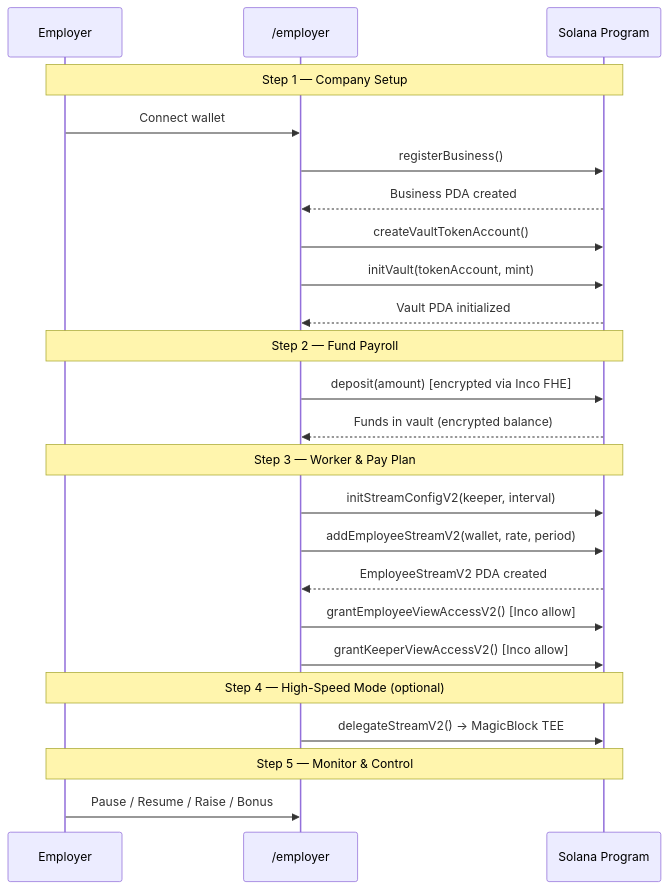
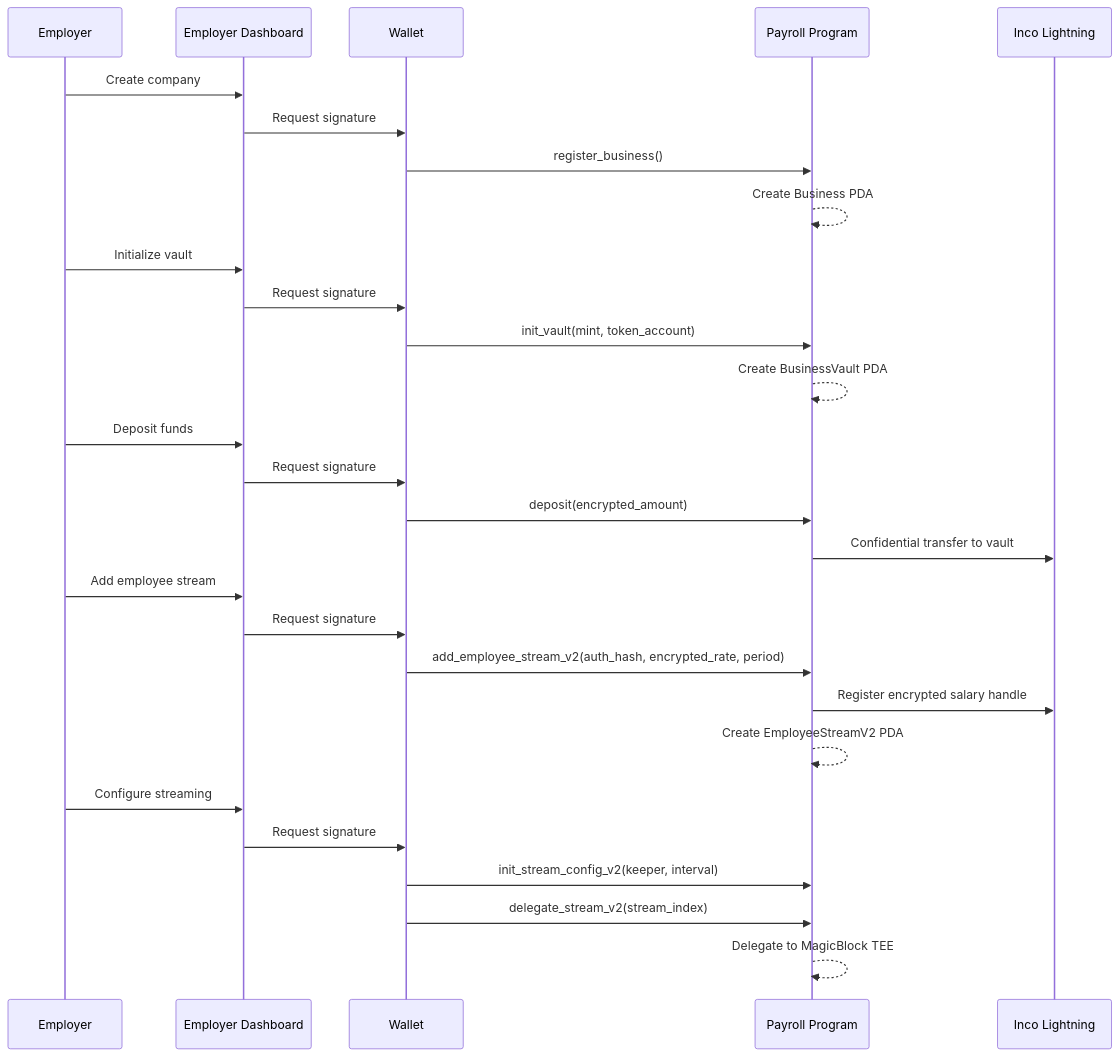
The second of 9 diagrams in README.md (shumhn/Expensee), drawn with Mermaid before and after one commit. The commit also changed other lines of this file, not shown here.

First line of the commit message:
docs: complete overhaul of README with system diagrams and market thesis

````diff
--- a/README.md
+++ b/README.md
@@ -175,31 +145,35 @@
 ```mermaid
 sequenceDiagram
     participant E as Employer
-    participant UI as /employer
-    participant SC as Solana Program
+    participant UI as Employer Dashboard
+    participant W as Wallet
+    participant P as Payroll Program
+    participant I as Inco Lightning
 
-    Note over E,SC: Step 1 — Company Setup
-    E->>UI: Connect wallet
-    UI->>SC: registerBusiness()
-    SC-->>UI: Business PDA created
-    UI->>SC: createVaultTokenAccount()
-    UI->>SC: initVault(tokenAccount, mint)
-    SC-->>UI: Vault PDA initialized
+    E->>UI: Create company
+    UI->>W: Request signature
+    W->>P: register_business()
+    P-->>P: Create Business PDA
 
-    Note over E,SC: Step 2 — Fund Payroll
-    UI->>SC: deposit(amount) [encrypted via Inco FHE]
-    SC-->>UI: Funds in vault (encrypted balance)
+    E->>UI: Initialize vault
+    UI->>W: Request signature
+    W->>P: init_vault(mint, token_account)
+    P-->>P: Create BusinessVault PDA
 
-    Note over E,SC: Step 3 — Worker & Pay Plan
-    UI->>SC: initStreamConfigV2(keeper, interval)
-    UI->>SC: addEmployeeStreamV2(wallet, rate, period)
-    SC-->>UI: EmployeeStreamV2 PDA created
-    UI->>SC: grantEmployeeViewAccessV2() [Inco allow]
-    UI->>SC: grantKeeperViewAccessV2() [Inco allow]
+    E->>UI: Deposit funds
+    UI->>W: Request signature
+    W->>P: deposit(encrypted_amount)
+    P->>I: Confidential transfer to vault
 
-    Note over E,SC: Step 4 — High-Speed Mode (optional)
-    UI->>SC: delegateStreamV2() → MagicBlock TEE
+    E->>UI: Add employee stream
+    UI->>W: Request signature
+    W->>P: add_employee_stream_v2(auth_hash, encrypted_rate, period)
+    P->>I: Register encrypted salary handle
+    P-->>P: Create EmployeeStreamV2 PDA
 
-    Note over E,SC: Step 5 — Monitor & Control
-    E->>UI: Pause / Resume / Raise / Bonus
+    E->>UI: Configure streaming
+    UI->>W: Request signature
+    W->>P: init_stream_config_v2(keeper, interval)
+    W->>P: delegate_stream_v2(stream_index)
+    P-->>P: Delegate to MagicBlock TEE
 ```
````
